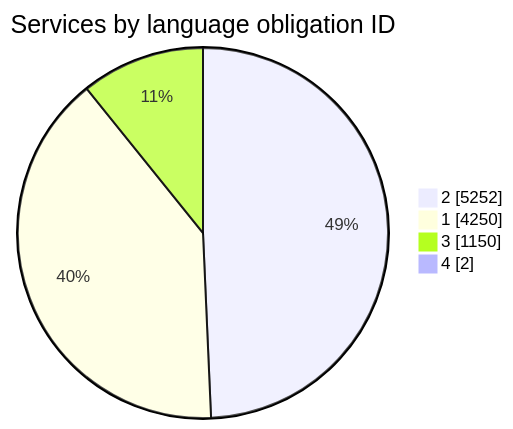
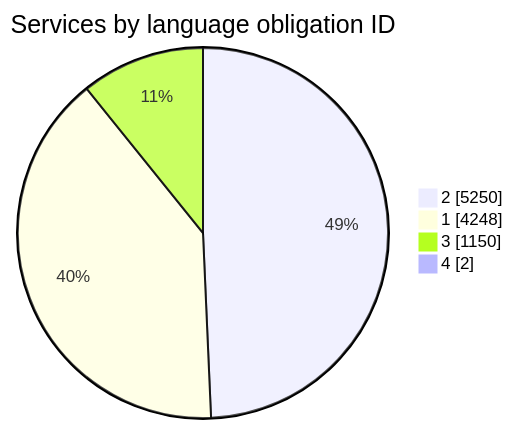
The second of 3 diagrams in burolis/README.md (PatLittle/test), drawn with Mermaid before and after one commit. The commit also changed other lines of this file and 6 other files, not shown here.

````diff
--- a/burolis/README.md
+++ b/burolis/README.md
@@ -90,8 +90,8 @@
 ```mermaid
 pie showData
     title Services by language obligation ID
-    "2" : 5252
-    "1" : 4250
+    "2" : 5250
+    "1" : 4248
     "3" : 1150
     "4" : 2
 ```
````
